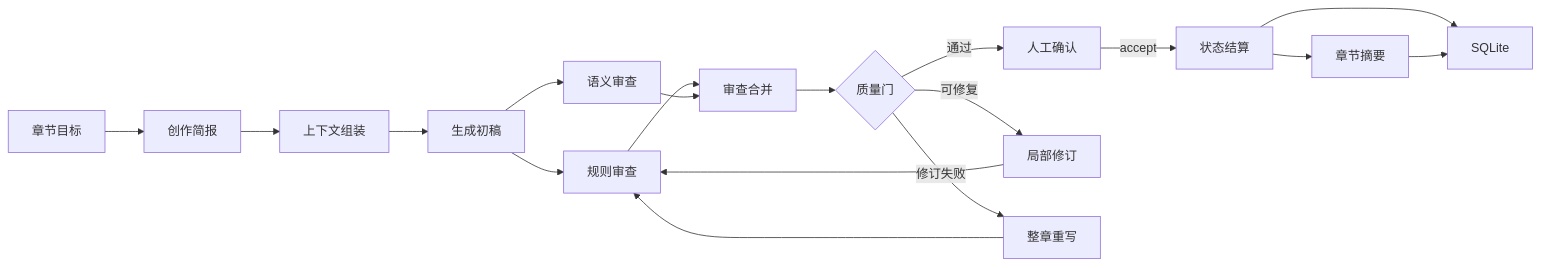
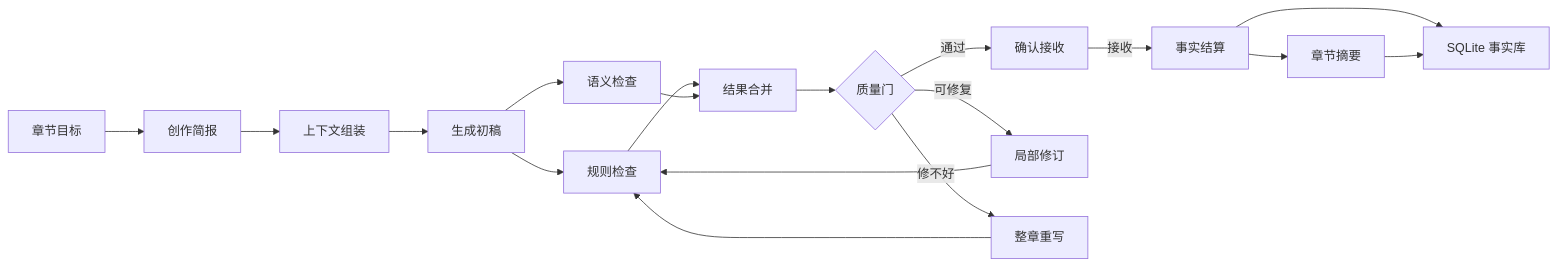
One commit to Bingtuu/Songyan changed the first of 3 diagrams in README.md. Above: the diagram before and after it, drawn with Mermaid. The commit also changed other lines of this file and 6 other files, not shown here.

````diff
--- a/README.md
+++ b/README.md
@@ -130,20 +134,20 @@
 ```mermaid
 flowchart LR
     Goal["章节目标"] --> Brief["创作简报"]
     Brief --> Context["上下文组装"]
     Context --> Writer["生成初稿"]
-    Writer --> Rule["规则审查"]
-    Writer --> LLM["语义审查"]
-    Rule --> Merge["审查合并"]
-    LLM --> Merge
+    Writer --> Rule["规则检查"]
+    Writer --> Semantic["语义检查"]
+    Rule --> Merge["结果合并"]
+    Semantic --> Merge
     Merge --> Gate{"质量门"}
-    Gate -->|通过| Confirm["人工确认"]
+    Gate -->|通过| Confirm["确认接收"]
     Gate -->|可修复| Revise["局部修订"]
-    Gate -->|修订失败| Rewrite["整章重写"]
+    Gate -->|修不好| Rewrite["整章重写"]
     Revise --> Rule
     Rewrite --> Rule
-    Confirm -->|accept| Settlement["状态结算"]
+    Confirm -->|接收| Settlement["事实结算"]
     Settlement --> Summary["章节摘要"]
-    Settlement --> DB["SQLite"]
+    Settlement --> DB["SQLite 事实库"]
     Summary --> DB
 ```
````
